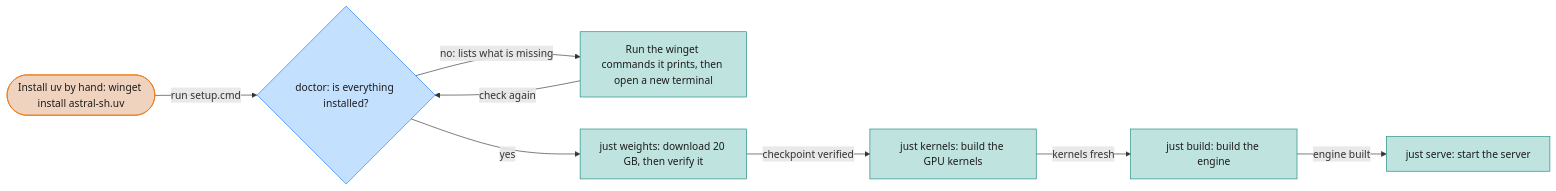
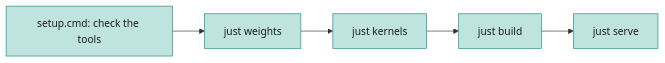
Before and after one commit to wcygan/inkling: the third of 5 diagrams in README.md, drawn with Mermaid. The commit also changed other lines of this file, not shown here.

Commit message:
Simplify the README flow diagrams

````diff
--- a/README.md
+++ b/README.md
@@ -92,23 +92,7 @@
 ```mermaid
 flowchart LR
-  uv(["Install uv by hand: winget install astral-sh.uv"])
-  doctor{"doctor: is everything installed?"}
-  fix["Run the winget commands it prints, then open a new terminal"]
-  weights["just weights: download 20 GB, then verify it"]
-  kernels["just kernels: build the GPU kernels"]
-  build["just build: build the engine"]
-  serve["just serve: start the server"]
-  uv -- "run setup.cmd" --> doctor
-  doctor -- "no: lists what is missing" --> fix
-  fix -- "check again" --> doctor
-  doctor -- "yes" --> weights
-  weights -- "checkpoint verified" --> kernels
-  kernels -- "kernels fresh" --> build
-  build -- "engine built" --> serve
-  classDef inspect fill:#c3e0ff,stroke:#1680f3,color:#1c1c1c
+  a["setup.cmd: check the tools"] --> b["just weights"] --> c["just kernels"] --> d["just build"] --> e["just serve"]
   classDef change fill:#bfe3df,stroke:#1a8a7d,color:#1c1c1c
   classDef outside fill:#f0d3bf,stroke:#e8730c,color:#1c1c1c
-  class doctor inspect
-  class fix,weights,kernels,build,serve change
-  class uv outside
+  class a,b,c,d,e change
 ```
````
